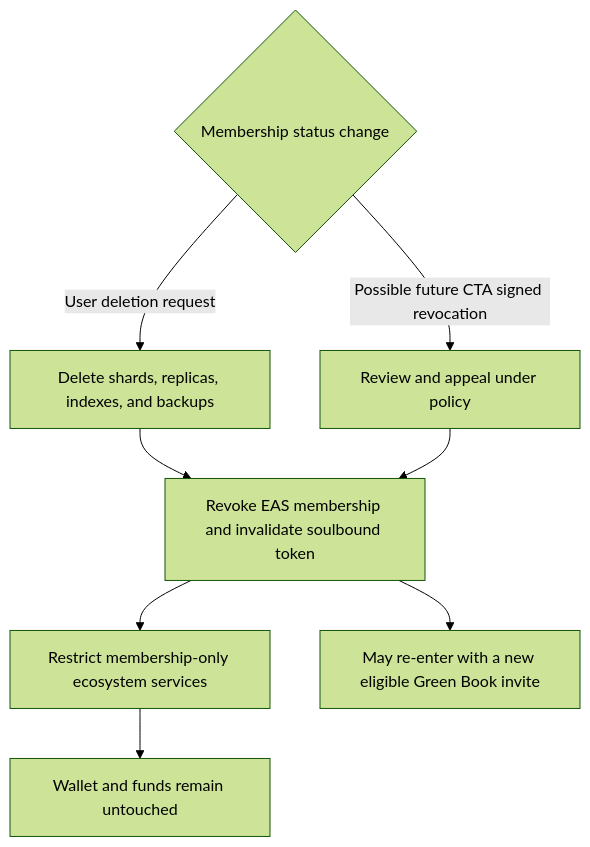
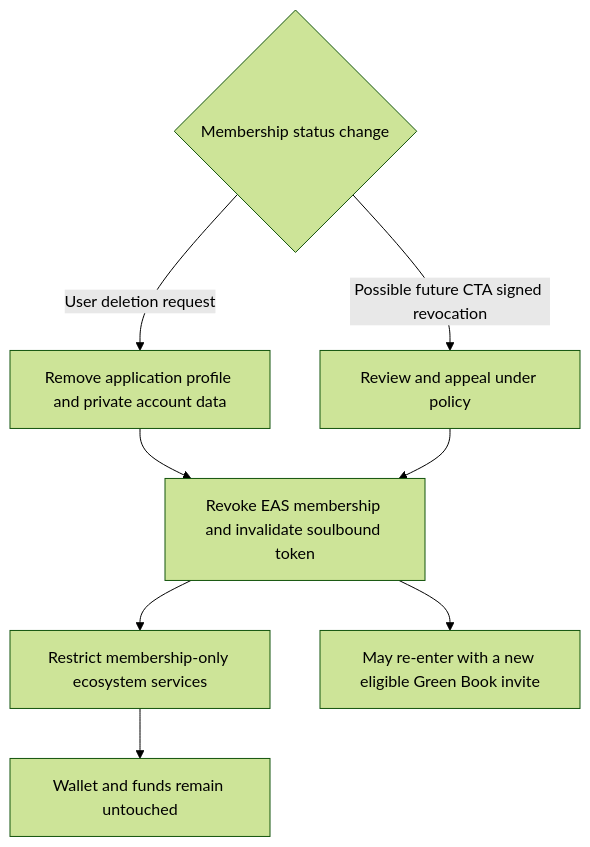
One commit to AlexJupiter/tibetan-id changed the sixth of 6 diagrams in README.md. Above: the diagram before and after it, drawn with Mermaid (forest theme). The commit also changed other lines of this file, not shown here.

Commit message:
Replace evidence custody with immediate deletion

````diff
--- a/README.md
+++ b/README.md
@@ -191,10 +191,10 @@
 ```mermaid
 flowchart TD
-    A{Membership status change} -->|User deletion request| B[Delete shards, replicas, indexes, and backups]
+    A{Membership status change} -->|User deletion request| B[Remove application profile and private account data]
     A -->|Possible future CTA signed revocation| C[Review and appeal under policy]
     B --> D[Revoke EAS membership and invalidate soulbound token]
     C --> D
     D --> E[Restrict membership-only ecosystem services]
     E --> F[Wallet and funds remain untouched]
     D --> G[May re-enter with a new eligible Green Book invite]
 ```
````
